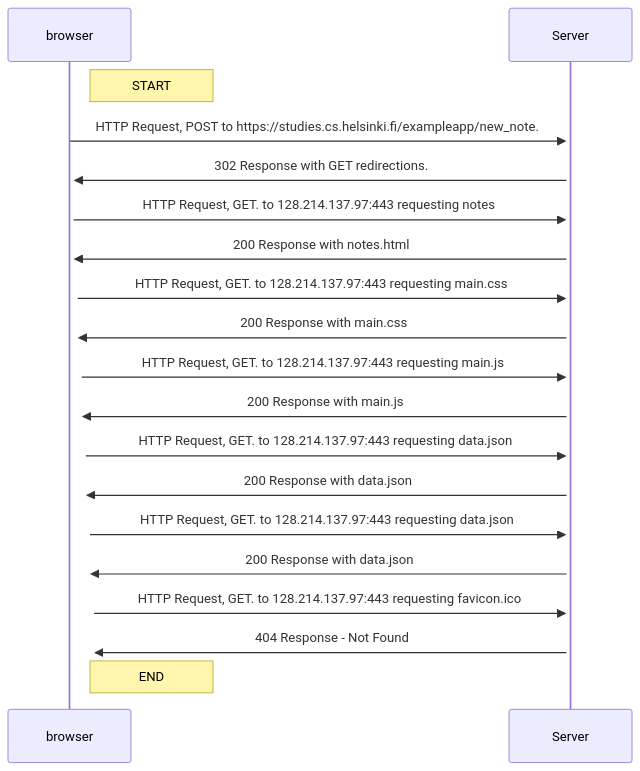
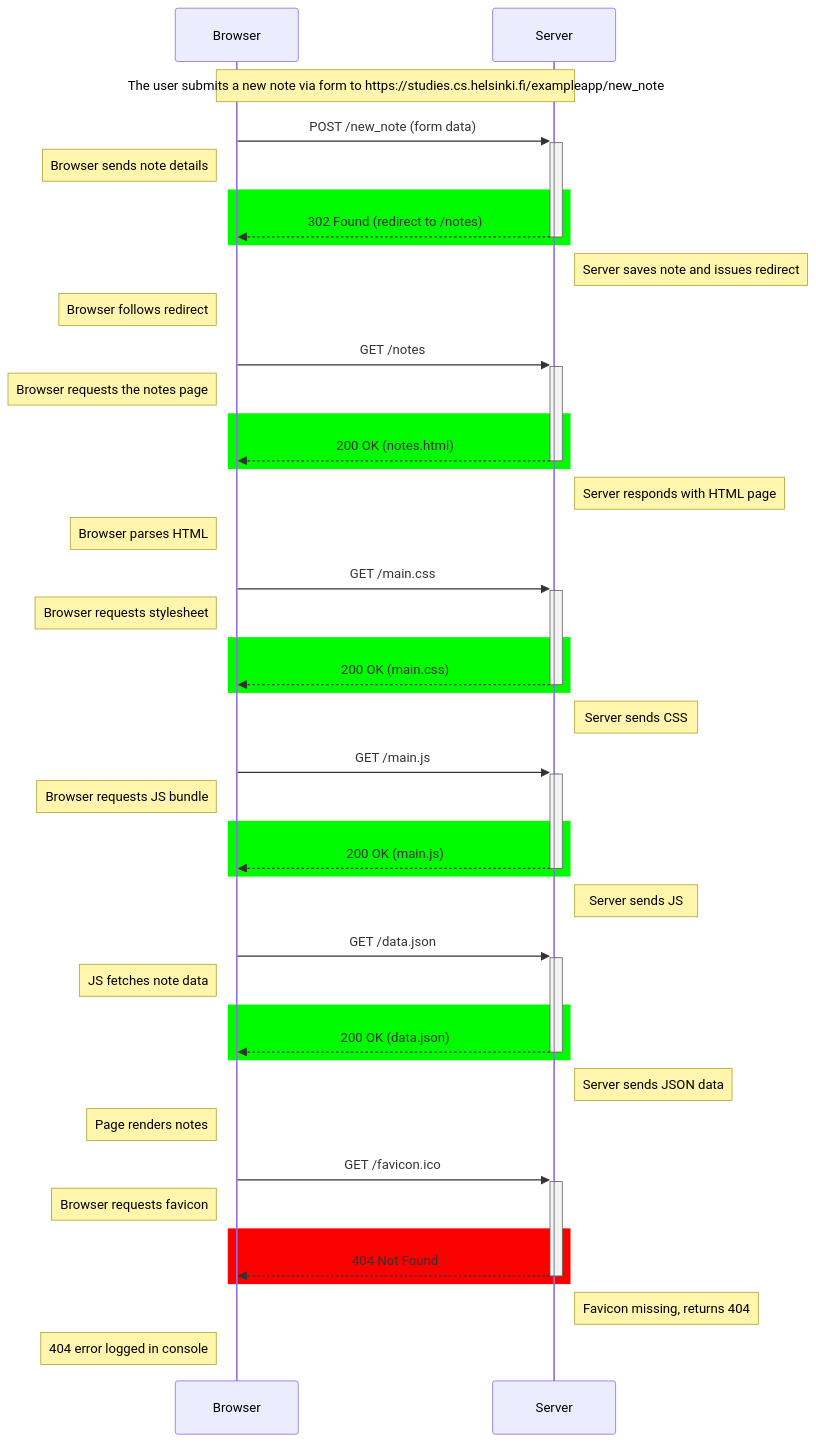
The diagram in part0/0.4 SequenceDiagram.md (elicett/fullstackopen), drawn with Mermaid before and after one commit.

Commit message:
Improved the 0.4 sequence diagram

````diff
--- a/part0/0.4 SequenceDiagram.md
+++ b/part0/0.4 SequenceDiagram.md
@@ -1,22 +1,65 @@
 ```mermaid
 sequenceDiagram
-    participant browser
+    participant Browser
     participant Server
 
-note right of browser: START
-    browser->>+Server: HTTP Request, POST to https://studies.cs.helsinki.fi/exampleapp/new_note.
-    Server->>+browser: 302 Response with GET redirections.
-    browser->>+Server: HTTP Request, GET. to 128.214.137.97:443 requesting notes
-    Server->>+browser: 200 Response with notes.html
-    browser->>+Server: HTTP Request, GET. to 128.214.137.97:443 requesting main.css
-    Server->>+browser: 200 Response with main.css
-    browser->>+Server: HTTP Request, GET. to 128.214.137.97:443 requesting main.js
-    Server->>+browser: 200 Response with main.js
-    browser->>+Server: HTTP Request, GET. to 128.214.137.97:443 requesting data.json
-    Server->>+browser: 200 Response with data.json
-    browser->>+Server: HTTP Request, GET. to 128.214.137.97:443 requesting data.json
-    Server->>+browser: 200 Response with data.json
-    browser->>+Server: HTTP Request, GET. to 128.214.137.97:443 requesting favicon.ico
-    Server->>+browser: 404 Response - Not Found
-note right of browser: END
+    Note over Browser, Server: The user submits a new note via form to https://studies.cs.helsinki.fi/exampleapp/new_note
+
+    Browser->>+Server: POST /new_note (form data)
+    activate Server
+    Note left of Browser: Browser sends note details
+    rect rgb(0,250,0)
+    Server-->>-Browser: 302 Found (redirect to /notes)
+    deactivate Server
+    end
+    Note right of Server: Server saves note and issues redirect
+    Note left of Browser: Browser follows redirect
+
+    Browser->>+Server: GET /notes
+    activate Server
+    Note left of Browser: Browser requests the notes page
+    rect rgb(0,250,0)
+    Server-->>-Browser: 200 OK (notes.html)
+    deactivate Server
+    end
+    Note right of Server: Server responds with HTML page
+    Note left of Browser: Browser parses HTML
+
+    Browser->>+Server: GET /main.css
+    activate Server
+    Note left of Browser: Browser requests stylesheet
+    rect rgb(0,250,0)
+    Server-->>-Browser: 200 OK (main.css)
+    deactivate Server
+    end
+    Note right of Server: Server sends CSS
+
+    Browser->>+Server: GET /main.js
+    activate Server
+    Note left of Browser: Browser requests JS bundle
+    rect rgb(0,250,0)
+    Server-->>-Browser: 200 OK (main.js)
+    deactivate Server
+    end
+    Note right of Server: Server sends JS
+
+    Browser->>+Server: GET /data.json
+    activate Server
+    Note left of Browser: JS fetches note data
+    rect rgb(0,250,0)
+    Server-->>-Browser: 200 OK (data.json)
+    deactivate Server
+    end
+    Note right of Server: Server sends JSON data
+    Note left of Browser: Page renders notes
+
+    Browser->>+Server: GET /favicon.ico
+    activate Server
+    Note left of Browser: Browser requests favicon
+    rect rgb(250,0,0)
+    Server-->>-Browser: 404 Not Found
+    deactivate Server
+    end
+    Note right of Server: Favicon missing, returns 404
+    Note left of Browser: 404 error logged in console
 ```
````
